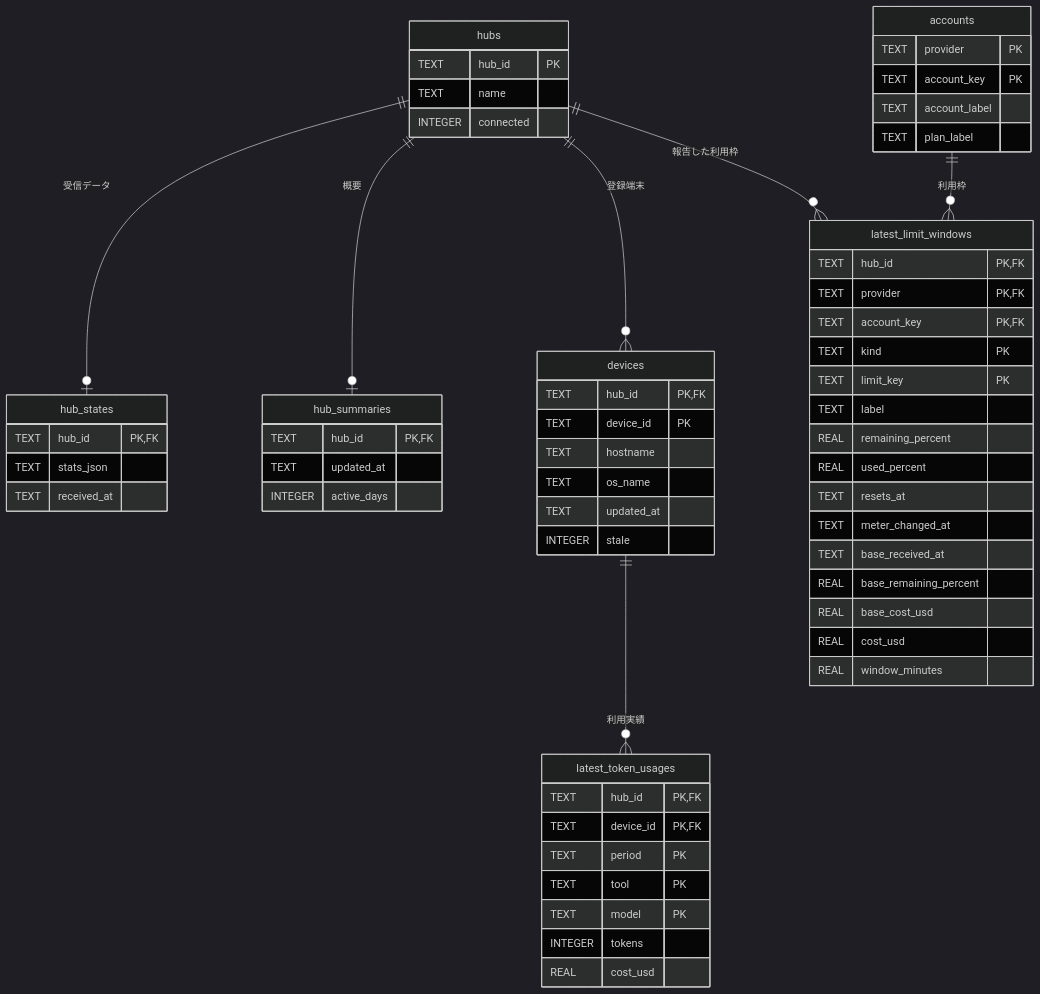
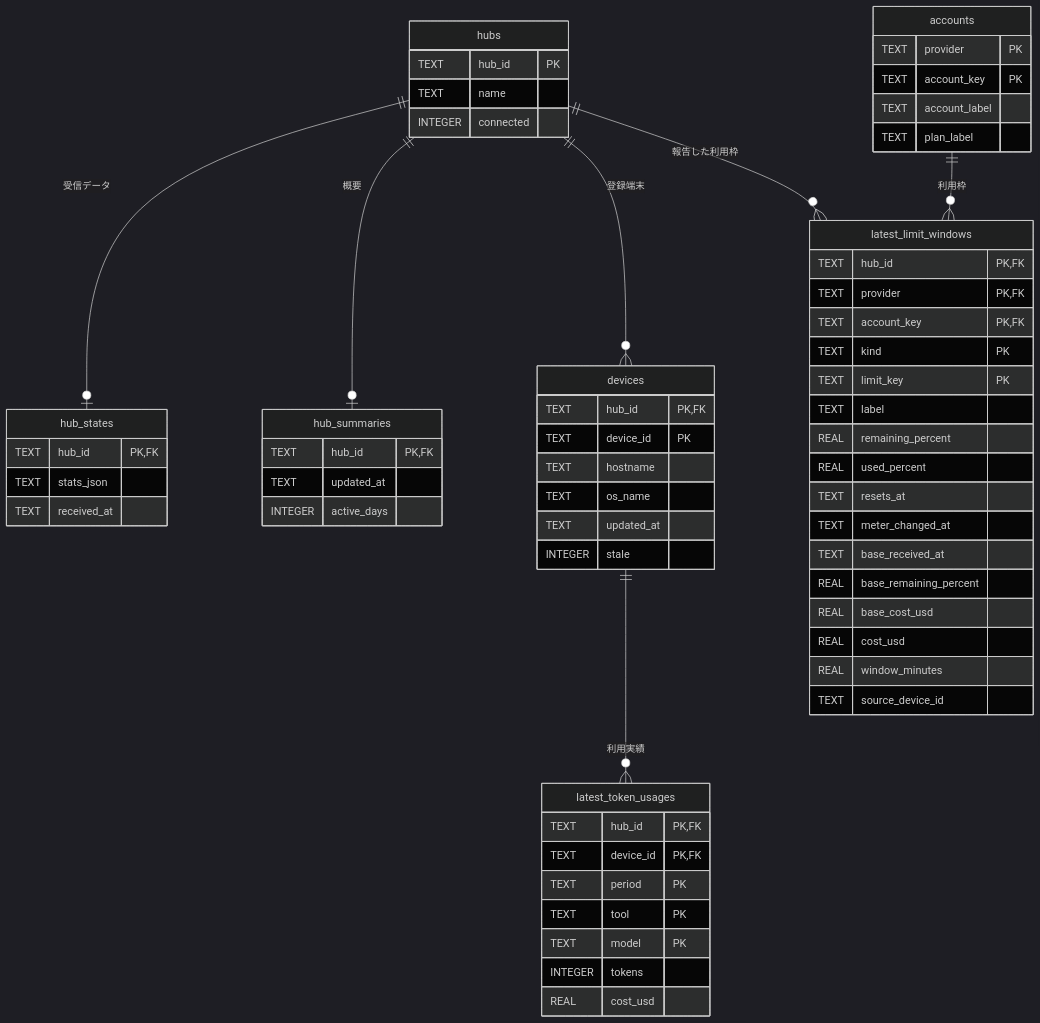
One commit to nuitsjp/multi-token-monitor changed the diagram in docs/design/data.md. Above: the diagram before and after it, drawn with Mermaid (dark theme). The commit also changed other lines of this file and 4 other files, not shown here.

````diff
--- a/docs/design/data.md
+++ b/docs/design/data.md
@@ -7,64 +7,65 @@
 ```mermaid
 erDiagram
   hubs ||--o| hub_states : "受信データ"
   hubs ||--o| hub_summaries : "概要"
   hubs ||--o{ devices : "登録端末"
   devices ||--o{ latest_token_usages : "利用実績"
   hubs ||--o{ latest_limit_windows : "報告した利用枠"
   accounts ||--o{ latest_limit_windows : "利用枠"
   hubs {
     TEXT hub_id PK
     TEXT name
     INTEGER connected
   }
   hub_states {
     TEXT hub_id PK,FK
     TEXT stats_json
     TEXT received_at
   }
   hub_summaries {
     TEXT hub_id PK,FK
     TEXT updated_at
     INTEGER active_days
   }
   devices {
     TEXT hub_id PK,FK
     TEXT device_id PK
     TEXT hostname
     TEXT os_name
     TEXT updated_at
     INTEGER stale
   }
   latest_token_usages {
     TEXT hub_id PK,FK
     TEXT device_id PK,FK
     TEXT period PK
     TEXT tool PK
     TEXT model PK
     INTEGER tokens
     REAL cost_usd
   }
   accounts {
     TEXT provider PK
     TEXT account_key PK
     TEXT account_label
     TEXT plan_label
   }
   latest_limit_windows {
     TEXT hub_id PK,FK
     TEXT provider PK,FK
     TEXT account_key PK,FK
     TEXT kind PK
     TEXT limit_key PK
     TEXT label
     REAL remaining_percent
     REAL used_percent
     TEXT resets_at
     TEXT meter_changed_at
     TEXT base_received_at
     REAL base_remaining_percent
     REAL base_cost_usd
     REAL cost_usd
     REAL window_minutes
+    TEXT source_device_id
   }
 ```
````
